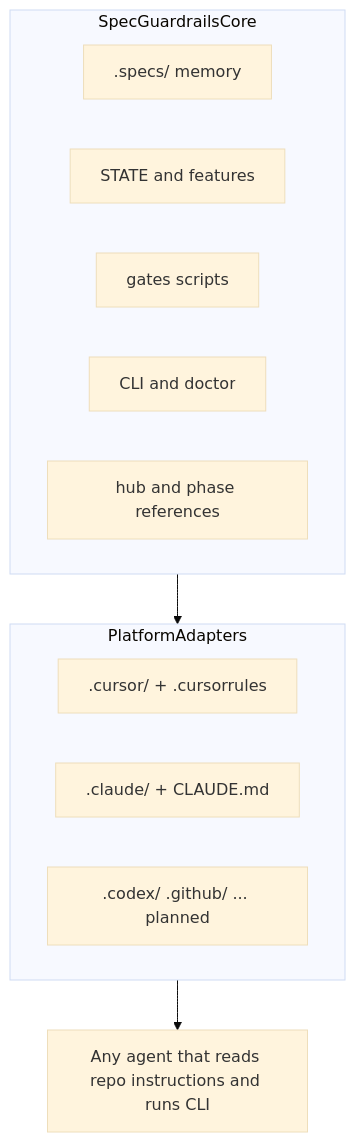
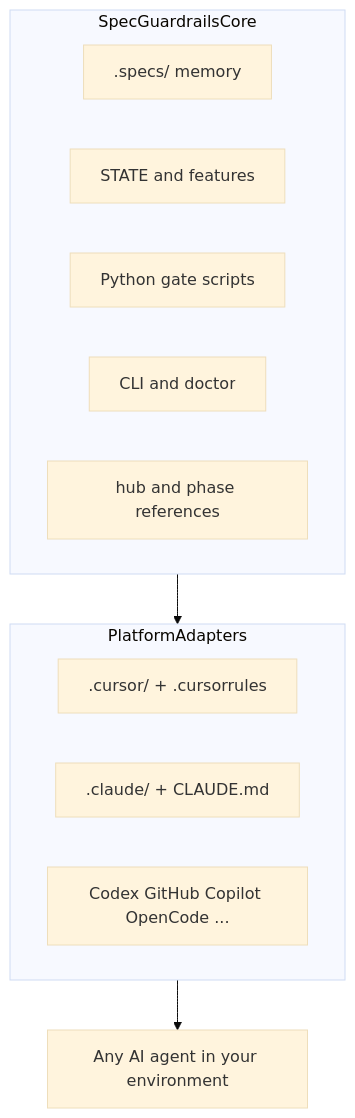
Before and after one commit to luizssantiago92/spec-guardrails: the diagram in docs/guide/Architecture.md, drawn with Mermaid (base theme). The commit also changed other lines of this file and 17 other files, not shown here.

````diff
--- a/docs/guide/Architecture.md
+++ b/docs/guide/Architecture.md
@@ -9,18 +9,18 @@
 ```mermaid
 flowchart TB
   subgraph core [SpecGuardrailsCore]
     specs[".specs/ memory"]
     state[STATE and features]
-    gates[gates scripts]
+    gates[Python gate scripts]
     cli[CLI and doctor]
     hub[hub and phase references]
   end
   subgraph adapters [PlatformAdapters]
     cursor[".cursor/ + .cursorrules"]
     claude[".claude/ + CLAUDE.md"]
-    future[".codex/ .github/ ... planned"]
+    future["Codex GitHub Copilot OpenCode ..."]
   end
   core --> adapters
-  agents[Any agent that reads repo instructions and runs CLI]
+  agents[Any AI agent in your environment]
   adapters --> agents
 ```
````
